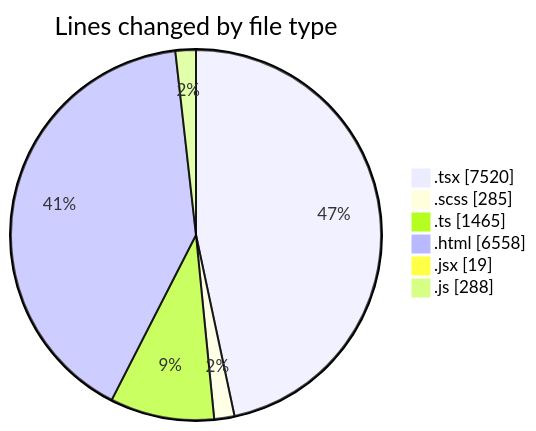
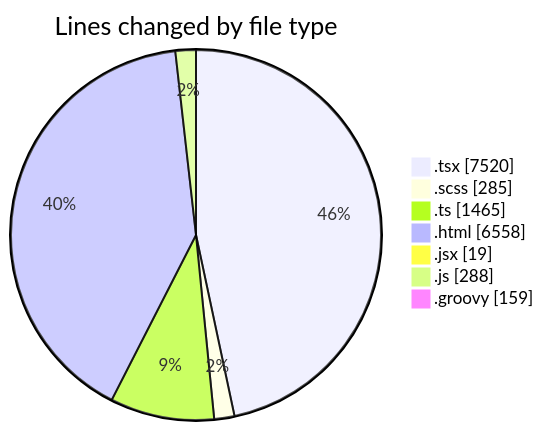
Before and after one commit to momahboobian/code-tracking: the first of 2 diagrams in 2026-02-25/cda/README.md, drawn with Mermaid. The commit also changed other lines of this file and 1 other file, not shown here.

````diff
--- a/2026-02-25/cda/README.md
+++ b/2026-02-25/cda/README.md
@@ -30,10 +31,11 @@
 ```mermaid
 pie showData
 title Lines changed by file type
 ".tsx" : 7520
 ".scss" : 285
 ".ts" : 1465
 ".html" : 6558
 ".jsx" : 19
 ".js" : 288
+".groovy" : 159
 ```
````
